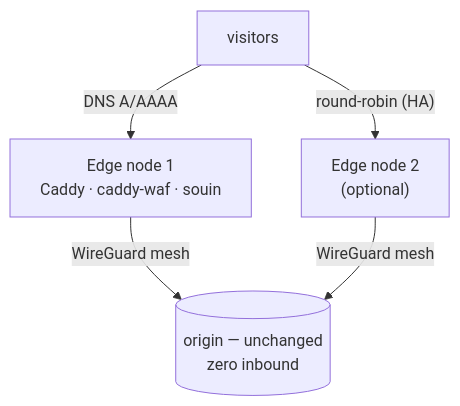
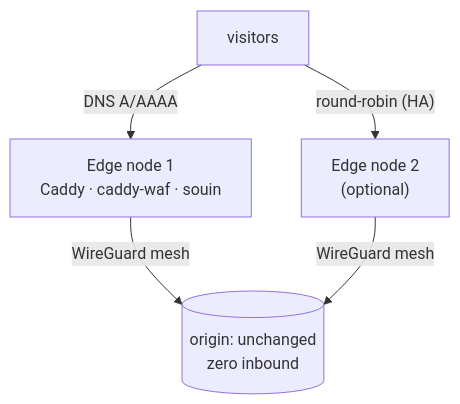
The third of 3 diagrams in docs/architecture.md (fabriziosalmi/flareover), drawn with Mermaid before and after one commit. The commit also changed other lines of this file and 127 other files, not shown here.

````diff
--- a/docs/architecture.md
+++ b/docs/architecture.md
@@ -55,7 +55,7 @@
 ```mermaid
 flowchart TB
   V["visitors"] -->|"DNS A/AAAA"| E1["Edge node 1<br/>Caddy · caddy-waf · souin"]
   V -->|"round-robin (HA)"| E2["Edge node 2<br/>(optional)"]
-  E1 -->|"WireGuard mesh"| O[("origin — unchanged<br/>zero inbound")]
+  E1 -->|"WireGuard mesh"| O[("origin: unchanged<br/>zero inbound")]
   E2 -->|"WireGuard mesh"| O
 ```
````
